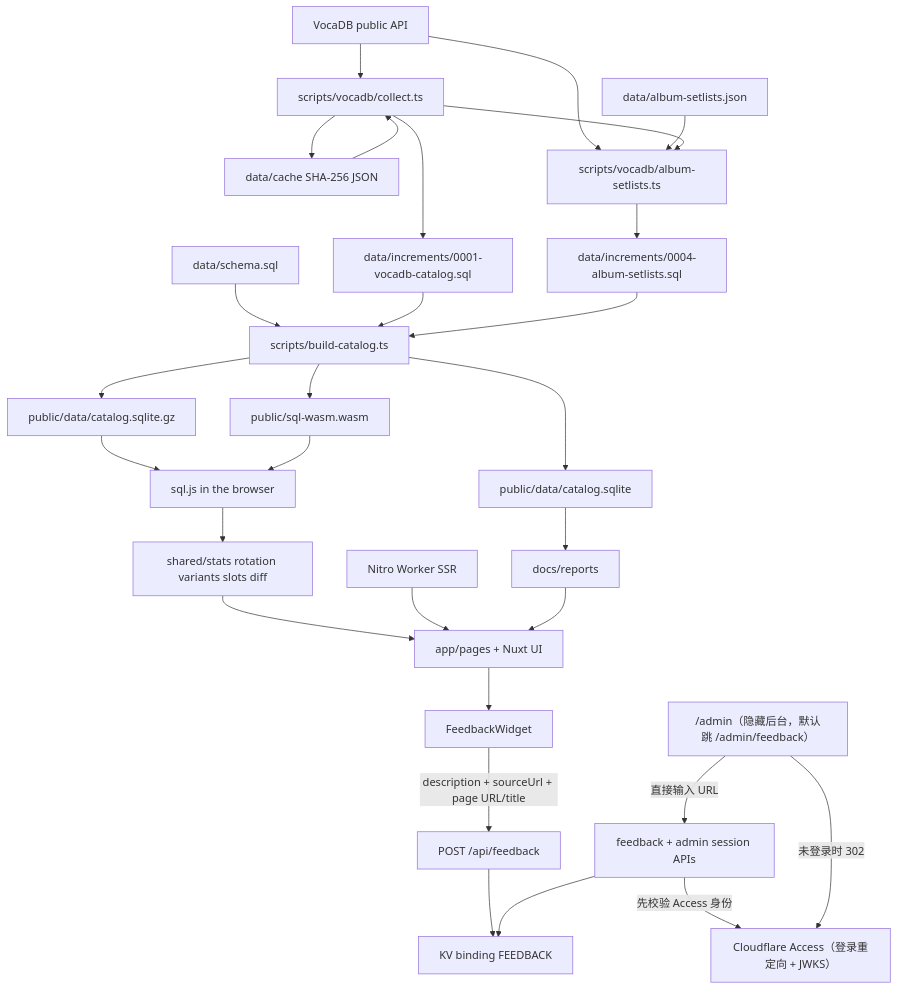
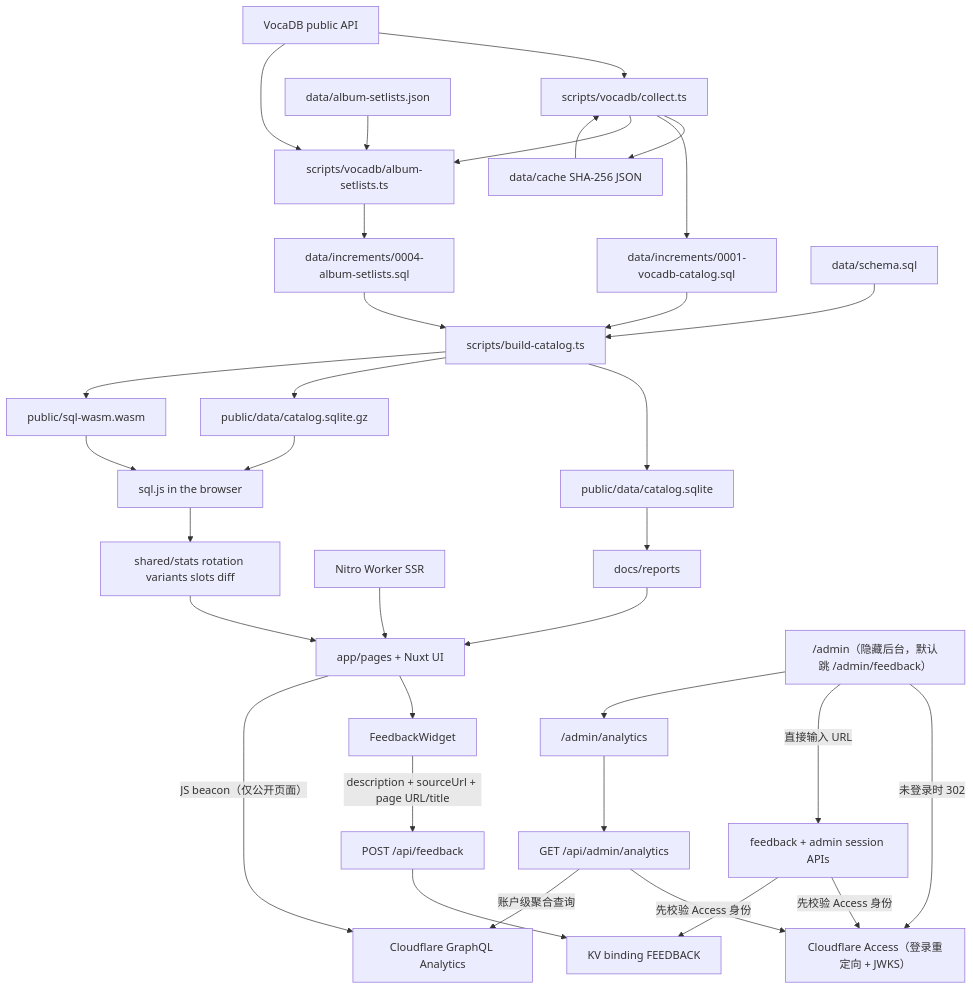
One commit to RJiazhen/miku-concert-stats changed the diagram in docs/architecture.md. Above: the diagram before and after it, drawn with Mermaid. The commit also changed other lines of this file and 8 other files, not shown here.

Commit message:
Add Cloudflare Web Analytics and the admin analytics page

````diff
--- a/docs/architecture.md
+++ b/docs/architecture.md
@@ -388,55 +391,63 @@
 ```mermaid
 flowchart TD
   vocadb["VocaDB public API"]
   cache["data/cache SHA-256 JSON"]
   collect["scripts/vocadb/collect.ts"]
   albums["data/album-setlists.json"]
   collectalbums["scripts/vocadb/album-setlists.ts"]
   inc1["data/increments/0001-vocadb-catalog.sql"]
   inc4["data/increments/0004-album-setlists.sql"]
   schema["data/schema.sql"]
   build["scripts/build-catalog.ts"]
   sqlite["public/data/catalog.sqlite"]
   gzip["public/data/catalog.sqlite.gz"]
   wasm["public/sql-wasm.wasm"]
   browser["sql.js in the browser"]
   shared["shared/stats rotation variants slots diff"]
   pages["app/pages + Nuxt UI"]
   widget["FeedbackWidget"]
   feedback["POST /api/feedback"]
   feedbackkv["KV binding FEEDBACK"]
   admin["/admin（隐藏后台，默认跳 /admin/feedback）"]
   adminapi["feedback + admin session APIs"]
+  analytics["/admin/analytics"]
+  analyticsapi["GET /api/admin/analytics"]
+  cfanalytics["Cloudflare GraphQL Analytics"]
   access["Cloudflare Access（登录重定向 + JWKS）"]
   worker["Nitro Worker SSR"]
   report["docs/reports"]
 
   vocadb --> collect
   collect --> cache
   cache --> collect
   collect --> inc1
   vocadb --> collectalbums
   albums --> collectalbums
   collect --> collectalbums
   collectalbums --> inc4
   schema --> build
   inc1 --> build
   inc4 --> build
   build --> sqlite
   build --> gzip
   build --> wasm
   gzip --> browser
   wasm --> browser
   browser --> shared
   shared --> pages
   worker --> pages
   pages --> widget
+  pages -->|"JS beacon（仅公开页面）"| cfanalytics
   widget -->|"description + sourceUrl + page URL/title"| feedback
   feedback --> feedbackkv
   adminapi -->|"先校验 Access 身份"| access
   adminapi --> feedbackkv
   admin -->|"未登录时 302"| access
   admin -->|"直接输入 URL"| adminapi
+  admin --> analytics
+  analytics --> analyticsapi
+  analyticsapi -->|"先校验 Access 身份"| access
+  analyticsapi -->|"账户级聚合查询"| cfanalytics
   sqlite --> report
   report --> pages
 ```
````
